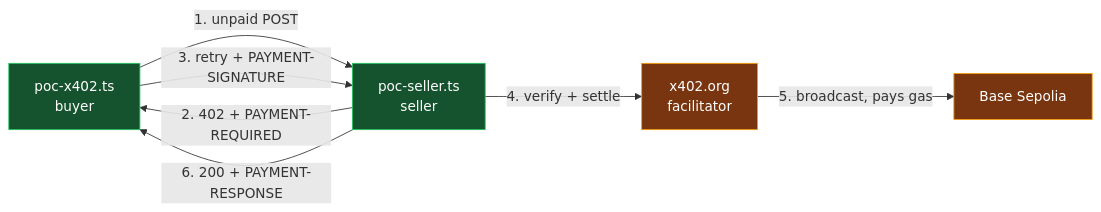
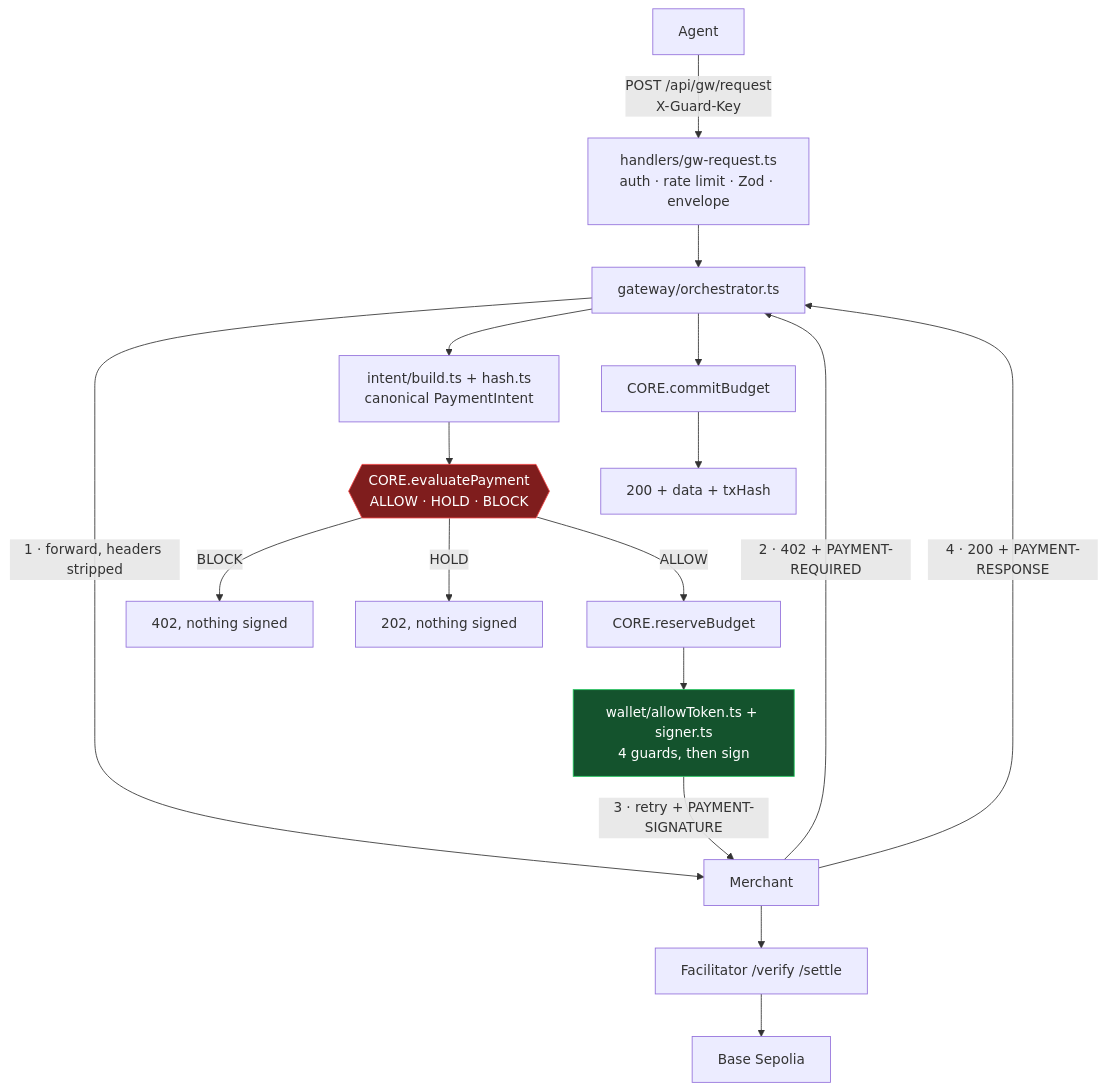
Before and after one commit to Karan-Aggarwal21/x402Project: the diagram in src/payments/PROGRESS.md, drawn with Mermaid. The commit also changed other lines of this file and 7 other files, not shown here.

````diff
--- a/src/payments/PROGRESS.md
+++ b/src/payments/PROGRESS.md
@@ -28,13 +18,21 @@
 ```mermaid
-flowchart LR
-    A["poc-x402.ts<br/>buyer"] -->|"1. unpaid POST"| B["poc-seller.ts<br/>seller"]
-    B -->|"2. 402 + PAYMENT-REQUIRED"| A
-    A -->|"3. retry + PAYMENT-SIGNATURE"| B
-    B -->|"4. verify + settle"| C["x402.org<br/>facilitator"]
-    C -->|"5. broadcast, pays gas"| D["Base Sepolia"]
-    B -->|"6. 200 + PAYMENT-RESPONSE"| A
-    style A fill:#14532d,stroke:#22c55e,color:#fff
-    style B fill:#14532d,stroke:#22c55e,color:#fff
-    style C fill:#78350f,stroke:#f59e0b,color:#fff
-    style D fill:#78350f,stroke:#f59e0b,color:#fff
+flowchart TD
+    A["Agent"] -->|"POST /api/gw/request<br/>X-Guard-Key"| H["handlers/gw-request.ts<br/>auth · rate limit · Zod · envelope"]
+    H --> O["gateway/orchestrator.ts"]
+    O -->|"1 · forward, headers stripped"| M["Merchant"]
+    M -->|"2 · 402 + PAYMENT-REQUIRED"| O
+    O --> B["intent/build.ts + hash.ts<br/>canonical PaymentIntent"]
+    B --> E{{"CORE.evaluatePayment<br/>ALLOW · HOLD · BLOCK"}}
+    E -->|"BLOCK"| X["402, nothing signed"]
+    E -->|"HOLD"| Y["202, nothing signed"]
+    E -->|"ALLOW"| R["CORE.reserveBudget"]
+    R --> S["wallet/allowToken.ts + signer.ts<br/>4 guards, then sign"]
+    S -->|"3 · retry + PAYMENT-SIGNATURE"| M
+    M --> F["Facilitator /verify /settle"]
+    F --> N["Base Sepolia"]
+    M -->|"4 · 200 + PAYMENT-RESPONSE"| O
+    O --> C["CORE.commitBudget"]
+    C --> Z["200 + data + txHash"]
+    style E fill:#7f1d1d,stroke:#ef4444,color:#fff
+    style S fill:#14532d,stroke:#22c55e,color:#fff
 ```
````
